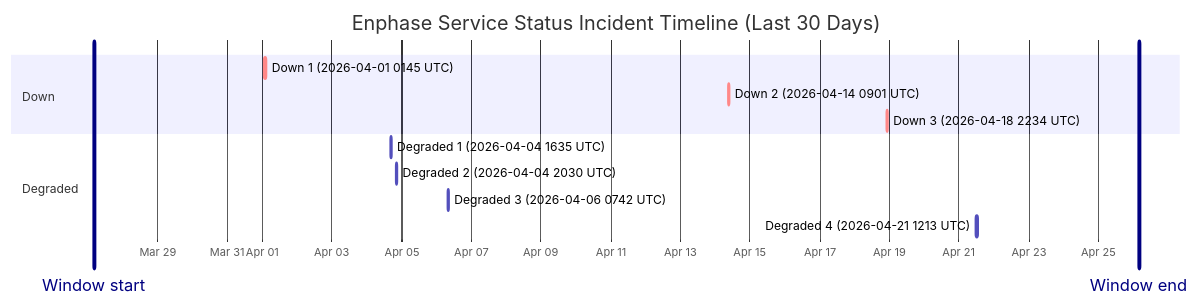
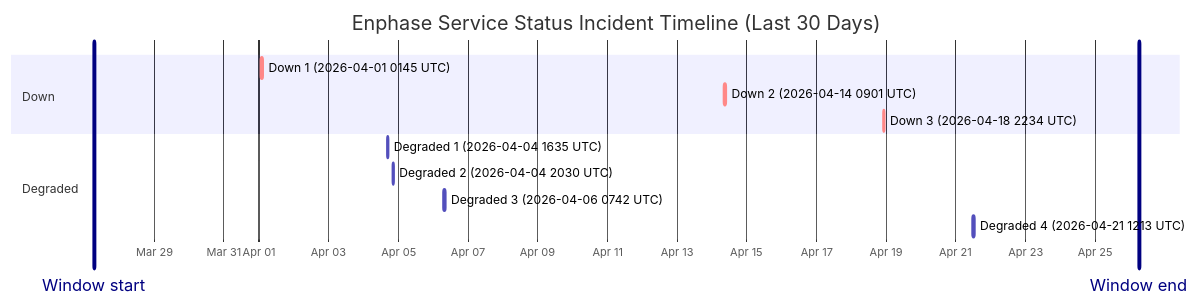
One commit to barneyonline/ha-enphase-ev-charger changed the diagram in wiki/Service-Status-History.md. Above: the diagram before and after it, drawn with Mermaid. The commit also changed other lines of this file and 3 other files, not shown here.

````diff
--- a/wiki/Service-Status-History.md
+++ b/wiki/Service-Status-History.md
@@ -14,17 +14,17 @@
 ```mermaid
 gantt
     title Enphase Service Status Incident Timeline (Last 30 Days)
     dateFormat  YYYY-MM-DDTHH:mm:ss
     axisFormat  %b %d
-    Window start :vert, window-start, 2026-03-27T04:01:58, 0ms
-    Window end :vert, window-end, 2026-04-26T04:01:58, 0ms
+    Window start :vert, window-start, 2026-03-27T06:22:46, 0ms
+    Window end :vert, window-end, 2026-04-26T06:22:46, 0ms
     section Down
     Down 1 (2026-04-01 0145 UTC) :crit, down-1, 2026-04-01T01:45:09, 60m
     Down 2 (2026-04-14 0901 UTC) :crit, down-2, 2026-04-14T09:01:13, 60m
     Down 3 (2026-04-18 2234 UTC) :crit, down-3, 2026-04-18T22:34:13, 60m
     section Degraded
     Degraded 1 (2026-04-04 1635 UTC) :active, degraded-1, 2026-04-04T16:35:17, 60m
     Degraded 2 (2026-04-04 2030 UTC) :active, degraded-2, 2026-04-04T20:30:40, 60m
     Degraded 3 (2026-04-06 0742 UTC) :active, degraded-3, 2026-04-06T07:42:09, 85m
     Degraded 4 (2026-04-21 1213 UTC) :active, degraded-4, 2026-04-21T12:13:11, 60m
 ```
````
